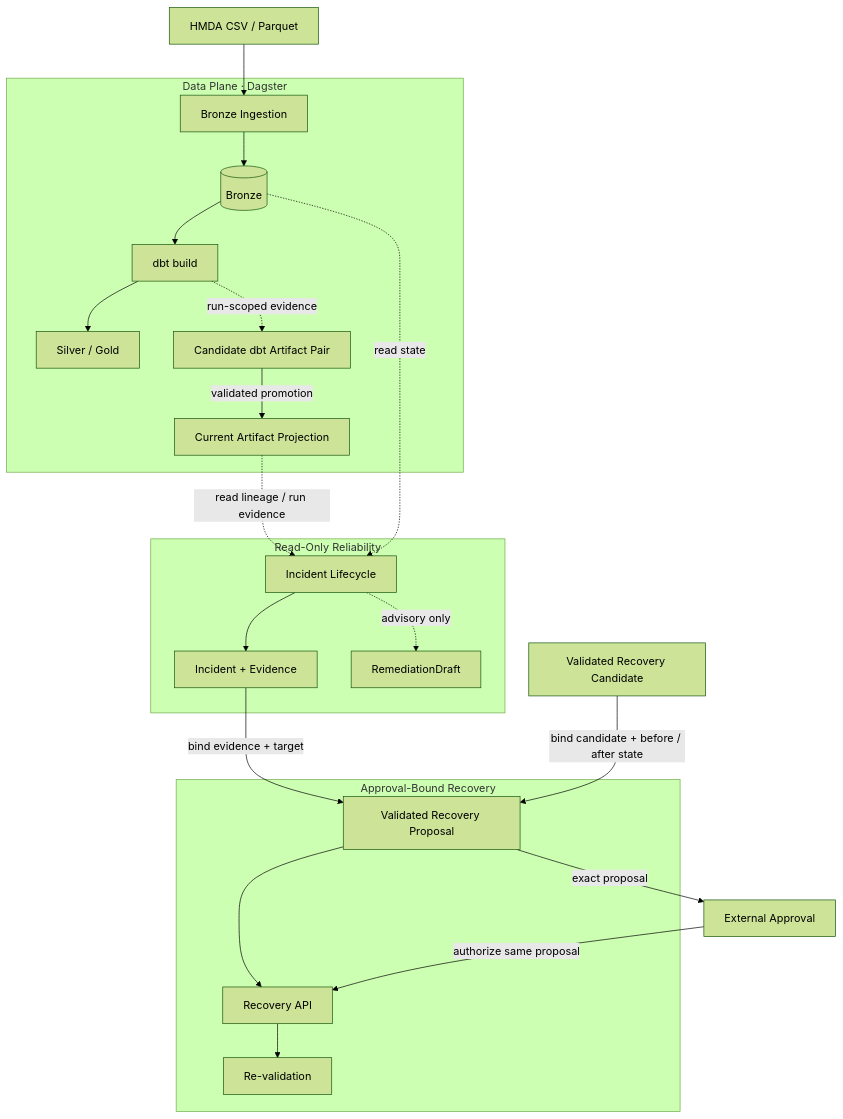
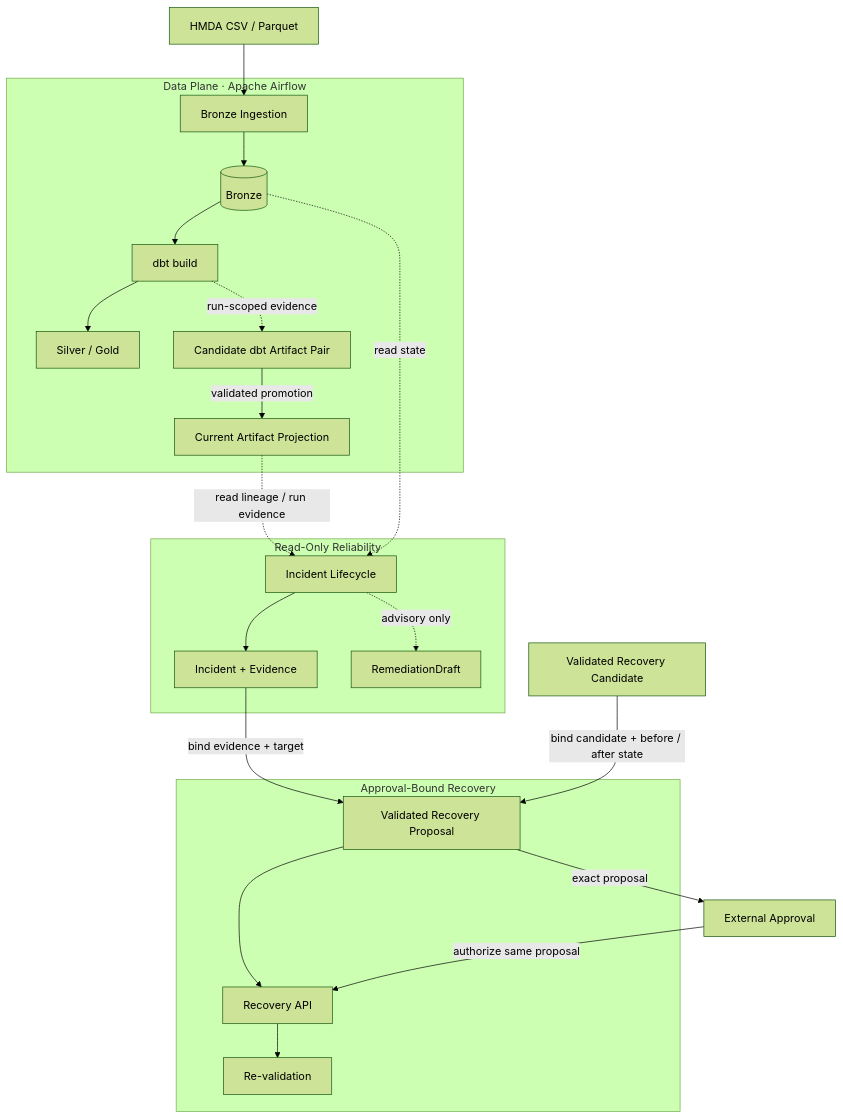
The diagram in docs/ARCHITECTURE.md (mols3131d/hmda-data-reliability), drawn with Mermaid (forest theme) before and after one commit. The commit also changed other lines of this file and 34 other files, not shown here.

````diff
--- a/docs/ARCHITECTURE.md
+++ b/docs/ARCHITECTURE.md
@@ -7,28 +7,28 @@
 ```mermaid
 flowchart TB
     files["HMDA CSV / Parquet"]
 
-    subgraph data_plane ["Data Plane · Dagster"]
+    subgraph data_plane ["Data Plane · Apache Airflow"]
         ingest["Bronze Ingestion"] --> bronze[("Bronze")]
         bronze --> dbt["dbt build"] --> analytics["Silver / Gold"]
         dbt -.->|run-scoped evidence| candidate_artifacts["Candidate dbt Artifact Pair"]
         candidate_artifacts -->|validated promotion| current_artifacts["Current Artifact Projection"]
     end
 
     subgraph analysis_plane ["Read-Only Reliability"]
         lifecycle["Incident Lifecycle"] --> incident["Incident + Evidence"]
         lifecycle -.->|advisory only| draft["RemediationDraft"]
     end
 
     subgraph recovery_plane ["Approval-Bound Recovery"]
         proposal["Validated Recovery Proposal"] --> recovery["Recovery API"] --> verify["Re-validation"]
     end
 
     files --> ingest
     bronze -.->|read state| lifecycle
     current_artifacts -.->|read lineage / run evidence| lifecycle
     incident -->|bind evidence + target| proposal
     recovery_candidate["Validated Recovery Candidate"] -->|bind candidate + before / after state| proposal
     proposal -->|exact proposal| approval["External Approval"]
     approval -->|authorize same proposal| recovery
 ```
````
